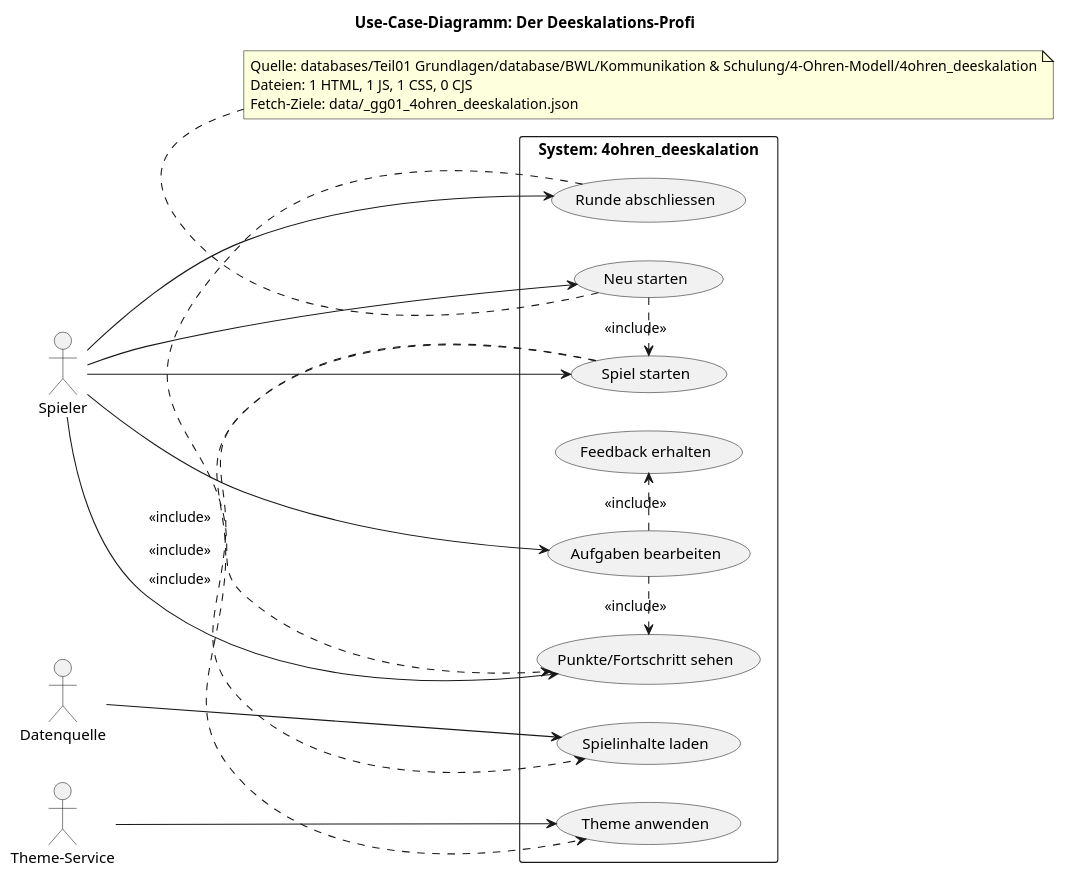
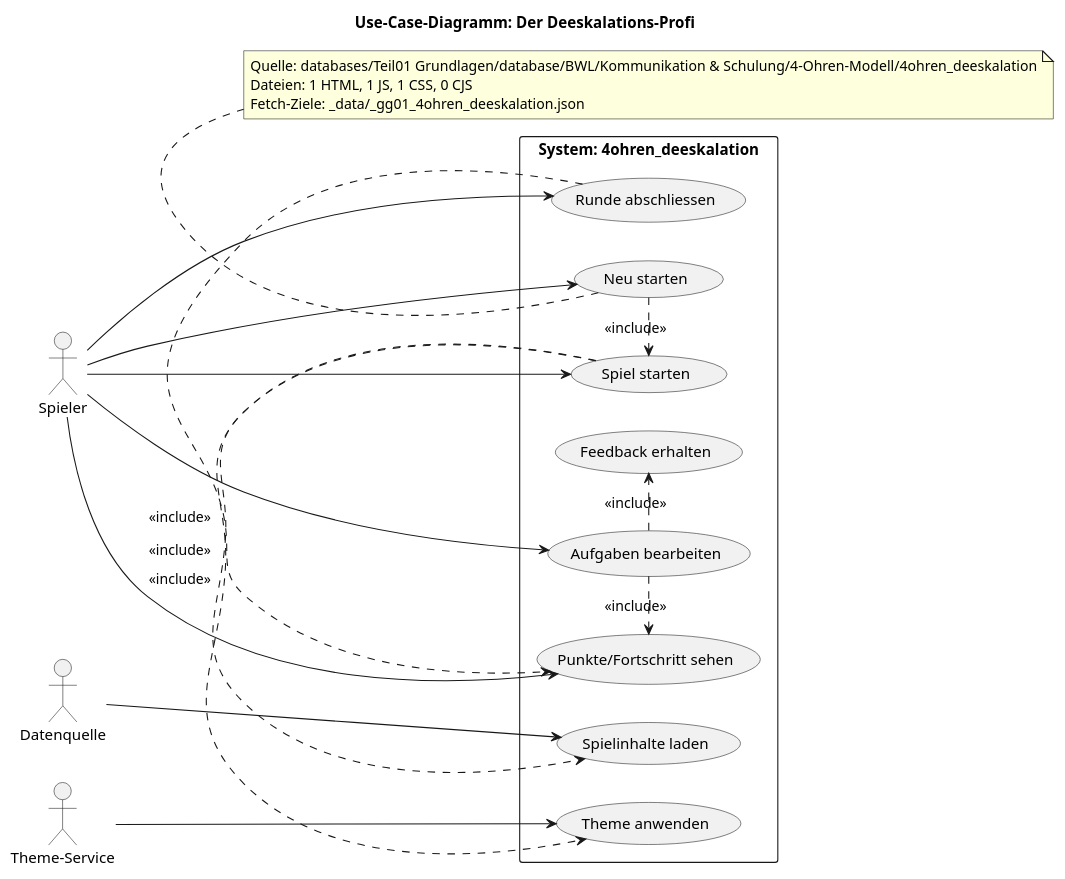
One commit to Thor-the-Dwarf/easyPV changed the diagram in databases/Teil01 Grundlagen/database/BWL/Kommunikation & Schulung/4-Ohren-Modell/4ohren_deeskalation/__dokumentation/__02_plans/__use_case_diagram.puml. Above: the diagram before and after it, drawn with PlantUML. The commit also changed 1258 other files, not shown here.

```diff
--- a/databases/Teil01 Grundlagen/database/BWL/Kommunikation & Schulung/4-Ohren-Modell/4ohren_deeskalation/__dokumentation/__02_plans/__use_case_diagram.puml
+++ b/databases/Teil01 Grundlagen/database/BWL/Kommunikation & Schulung/4-Ohren-Modell/4ohren_deeskalation/__dokumentation/__02_plans/__use_case_diagram.puml
@@ -1,41 +1,41 @@
 @startuml
 title Use-Case-Diagramm: Der Deeskalations-Profi
 left to right direction
 skinparam shadowing false
 
 actor "Spieler" as Player
 actor "Datenquelle" as DataSource
 actor "Theme-Service" as ThemeSvc
 
 rectangle "System: 4ohren_deeskalation" as SystemBoundary {
   usecase "Spiel starten" as UC_Start
   usecase "Spielinhalte laden" as UC_LoadData
   usecase "Theme anwenden" as UC_ApplyTheme
   usecase "Aufgaben bearbeiten" as UC_Play
   usecase "Feedback erhalten" as UC_Feedback
   usecase "Punkte/Fortschritt sehen" as UC_Progress
   usecase "Runde abschliessen" as UC_Finish
   usecase "Neu starten" as UC_Restart
 }
 
 Player --> UC_Start
 Player --> UC_Play
 Player --> UC_Progress
 Player --> UC_Finish
 Player --> UC_Restart
 DataSource --> UC_LoadData
 ThemeSvc --> UC_ApplyTheme
 
 UC_Start .> UC_LoadData : <<include>>
 UC_Start .> UC_ApplyTheme : <<include>>
 UC_Play .> UC_Feedback : <<include>>
 UC_Play .> UC_Progress : <<include>>
 UC_Finish .> UC_Progress : <<include>>
 UC_Restart .> UC_Start : <<include>>
 
 note bottom
 Quelle: databases/Teil01 Grundlagen/database/BWL/Kommunikation & Schulung/4-Ohren-Modell/4ohren_deeskalation
 Dateien: 1 HTML, 1 JS, 1 CSS, 0 CJS
-Fetch-Ziele: data/_gg01_4ohren_deeskalation.json
+Fetch-Ziele: _data/_gg01_4ohren_deeskalation.json
 end note
 @enduml
```
